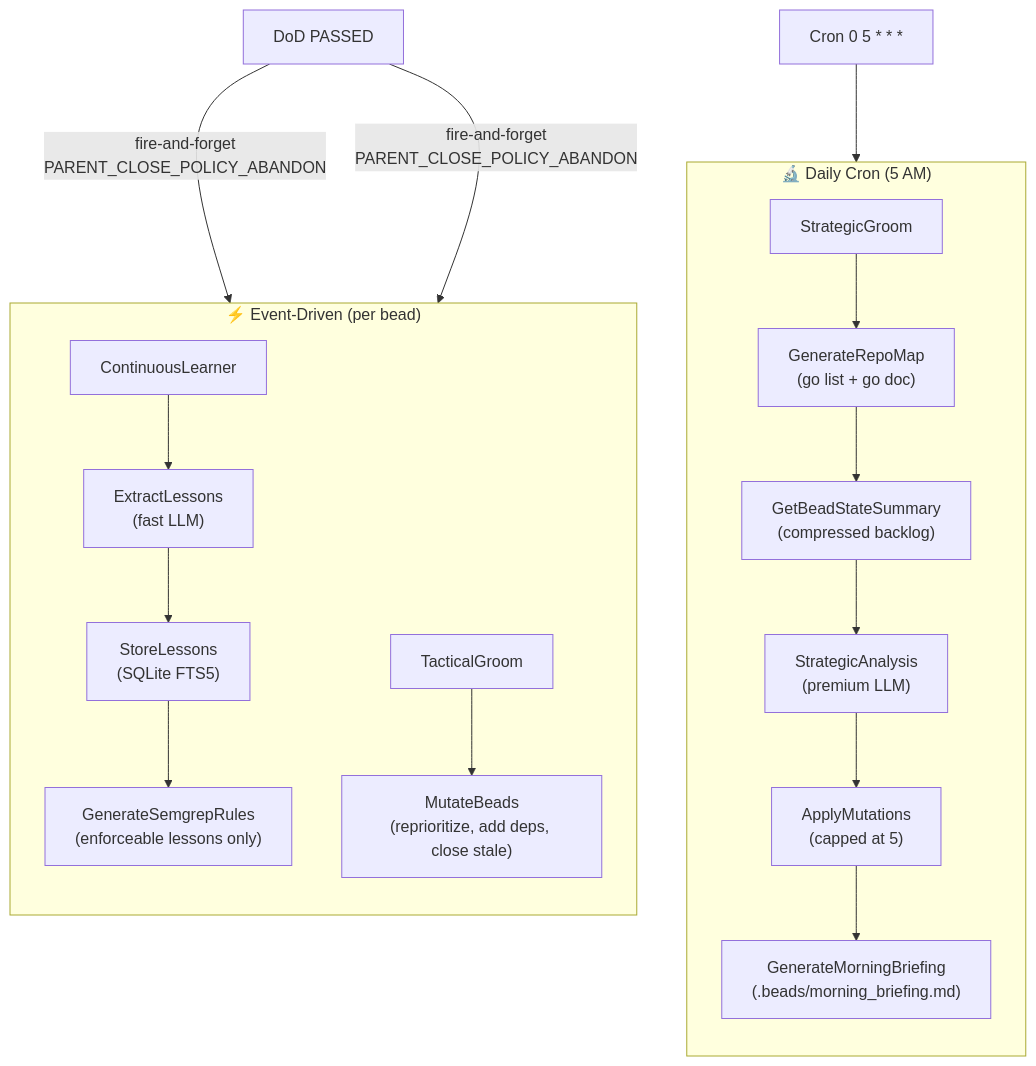
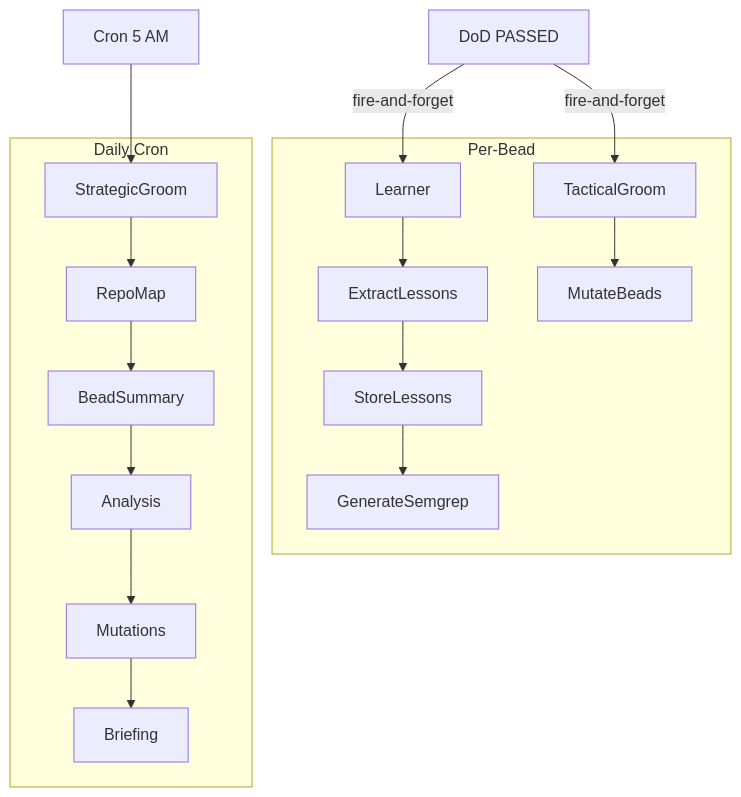
One commit to Heikkila-Pty-Ltd/cortex changed the fourth of 5 diagrams in docs/architecture/ARCHITECTURE.md. Above: the diagram before and after it, drawn with Mermaid. The commit also changed other lines of this file and 4 other files, not shown here.

First line of the commit message:
docs: simplify mermaid diagrams — remove HTML tags, reduce node density

````diff
--- a/docs/architecture/ARCHITECTURE.md
+++ b/docs/architecture/ARCHITECTURE.md
@@ -121,28 +120,14 @@
 ```mermaid
 graph TB
-    subgraph Fast["⚡ Event-Driven (per bead)"]
-        direction TB
-        CL["ContinuousLearner"]
-        TG["TacticalGroom"]
-
-        CL --> EL["ExtractLessons<br/>(fast LLM)"]
-        EL --> SL["StoreLessons<br/>(SQLite FTS5)"]
-        SL --> GR["GenerateSemgrepRules<br/>(enforceable lessons only)"]
-
-        TG --> MB["MutateBeads<br/>(reprioritize, add deps, close stale)"]
+    subgraph Fast["Per-Bead"]
+        CL["Learner"] --> EL["ExtractLessons"] --> SL["StoreLessons"] --> GR["GenerateSemgrep"]
+        TG["TacticalGroom"] --> MB["MutateBeads"]
     end
 
-    subgraph Slow["🔬 Daily Cron (5 AM)"]
-        direction TB
-        SG["StrategicGroom"]
-
-        SG --> RM["GenerateRepoMap<br/>(go list + go doc)"]
-        RM --> BS["GetBeadStateSummary<br/>(compressed backlog)"]
-        BS --> SA["StrategicAnalysis<br/>(premium LLM)"]
-        SA --> AM["ApplyMutations<br/>(capped at 5)"]
-        AM --> BF["GenerateMorningBriefing<br/>(.beads/morning_briefing.md)"]
+    subgraph Slow["Daily Cron"]
+        SG["StrategicGroom"] --> RM["RepoMap"] --> BS["BeadSummary"] --> SA["Analysis"] --> AM["Mutations"] --> BF["Briefing"]
     end
 
-    DoD["DoD PASSED"] -->|"fire-and-forget<br/>PARENT_CLOSE_POLICY_ABANDON"| CL & TG
-    CRON["Cron 0 5 * * *"] --> SG
+    DoD["DoD PASSED"] -->|fire-and-forget| CL & TG
+    CRON["Cron 5 AM"] --> SG
 ```
````
